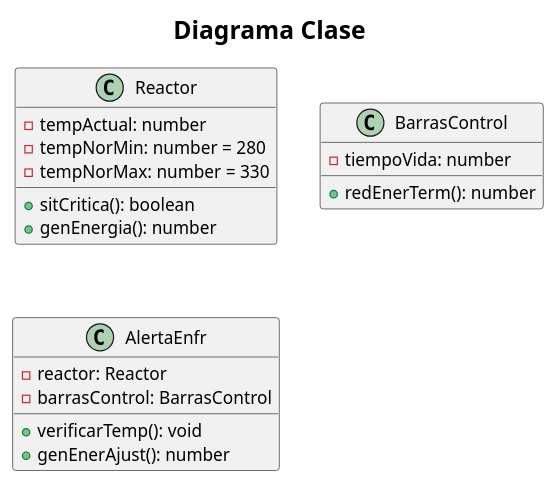
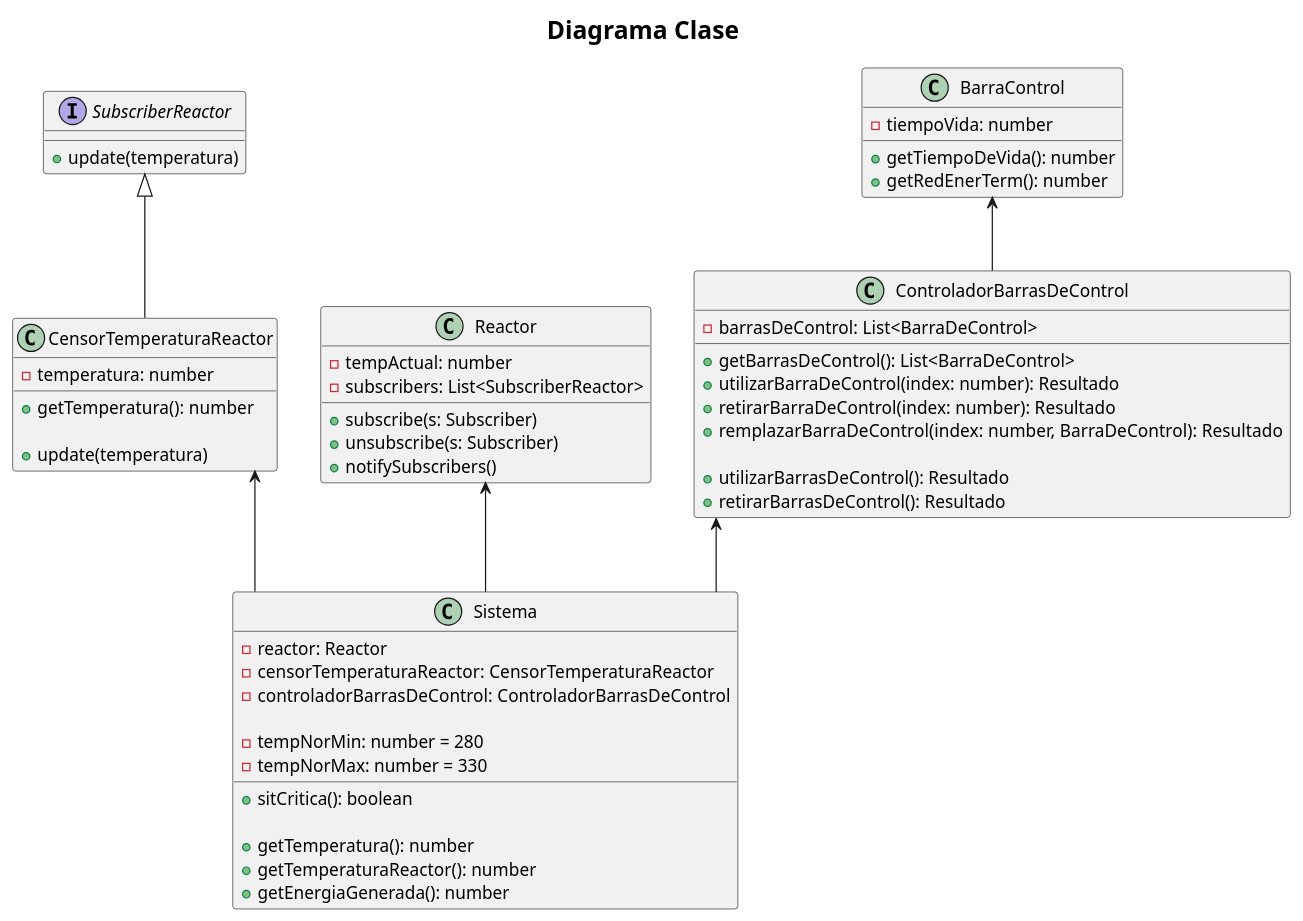
The diagram in diagramas/clase.puml (NarDevGH/UTN-Labo3-TP-El_Reactor_Nuclear), drawn with PlantUML before and after one commit.

Commit message:
mix diagrama + patron subscriber + patron facade

```diff
--- a/diagramas/clase.puml
+++ b/diagramas/clase.puml
@@ -1,35 +1,72 @@
 @startuml Diagrama Clase
 
 skinparam linetype ortho
 skinparam arrow {
     Thickness 1
 }
 skinparam TitleFontSize 20
 
 title Diagrama Clase
 
+interface SubscriberReactor{
+    + update(temperatura)
+}
+
 class Reactor {
 - tempActual: number
-- tempNorMin: number = 280
-- tempNorMax: number = 330
+- subscribers: List<SubscriberReactor>
 
-' setters y getters
-+ sitCritica(): boolean
-+ genEnergia(): number
++ subscribe(s: Subscriber)
++ unsubscribe(s: Subscriber)
++ notifySubscribers()
+
 }
 
-class BarrasControl {
+class BarraControl {
 - tiempoVida: number
 
-+ redEnerTerm(): number
++ getTiempoDeVida(): number
++ getRedEnerTerm(): number
 }
 
-class AlertaEnfr {
-    - reactor: Reactor
-    - barrasControl: BarrasControl
+class ControladorBarrasDeControl{
+    - barrasDeControl: List<BarraDeControl>
 
-    + verificarTemp(): void
-    + genEnerAjust(): number
+    + getBarrasDeControl(): List<BarraDeControl>
+    + utilizarBarraDeControl(index: number): Resultado
+    + retirarBarraDeControl(index: number): Resultado
+    + remplazarBarraDeControl(index: number, BarraDeControl): Resultado
+
+    + utilizarBarrasDeControl(): Resultado
+    + retirarBarrasDeControl(): Resultado
 }
 
+class CensorTemperaturaReactor extends SubscriberReactor{
+    - temperatura: number
+    
+    + getTemperatura(): number
+
+    + update(temperatura)
+}
+
+class Sistema{
+    - reactor: Reactor
+    - censorTemperaturaReactor: CensorTemperaturaReactor
+    - controladorBarrasDeControl: ControladorBarrasDeControl
+
+    - tempNorMin: number = 280
+    - tempNorMax: number = 330
+    
+    + sitCritica(): boolean
+
+    + getTemperatura(): number
+    + getTemperaturaReactor(): number
+    + getEnergiaGenerada(): number
+}
+
+Reactor <-- Sistema
+CensorTemperaturaReactor <-- Sistema
+ControladorBarrasDeControl <-- Sistema
+
+BarraControl <-- ControladorBarrasDeControl
 @enduml
```
